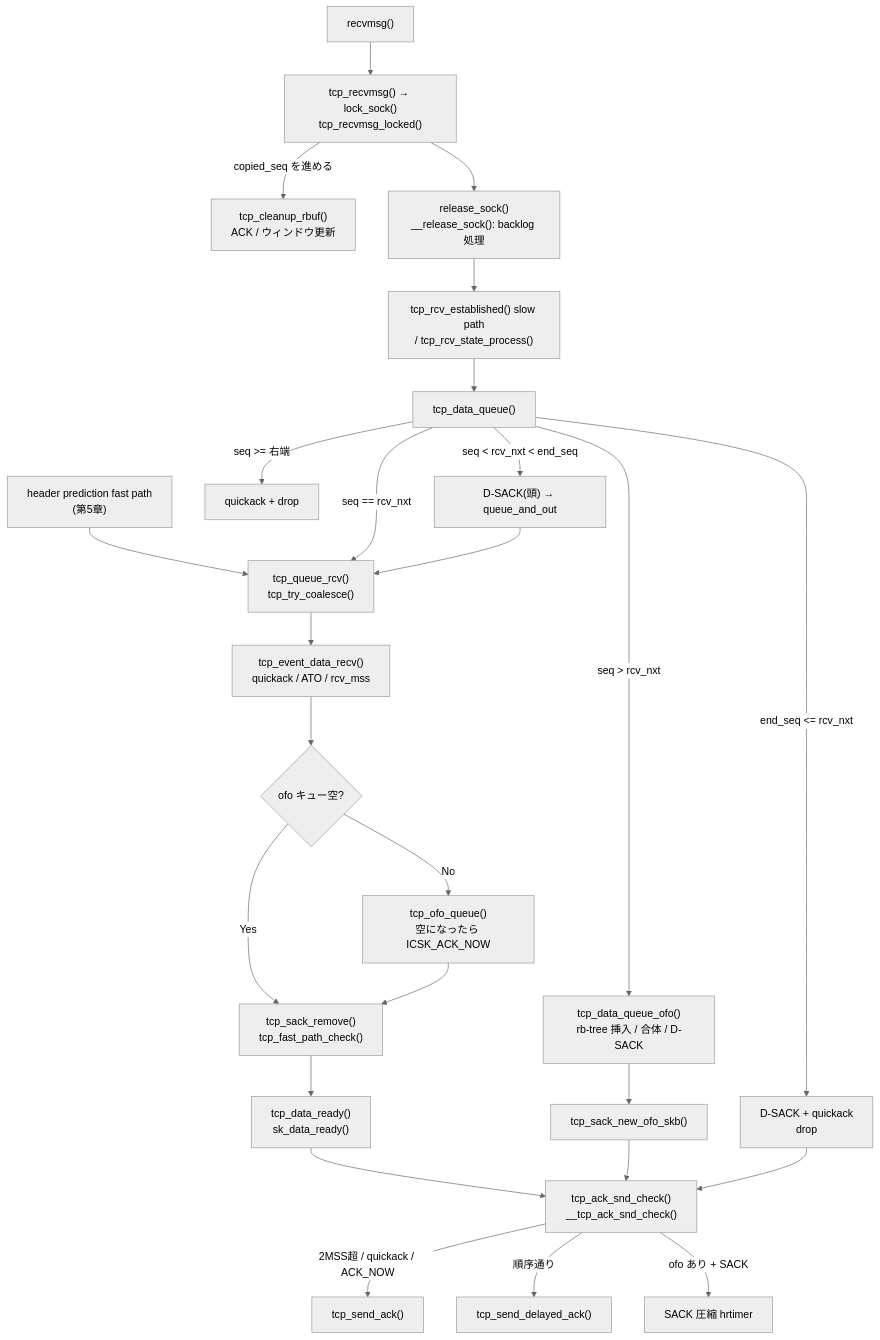
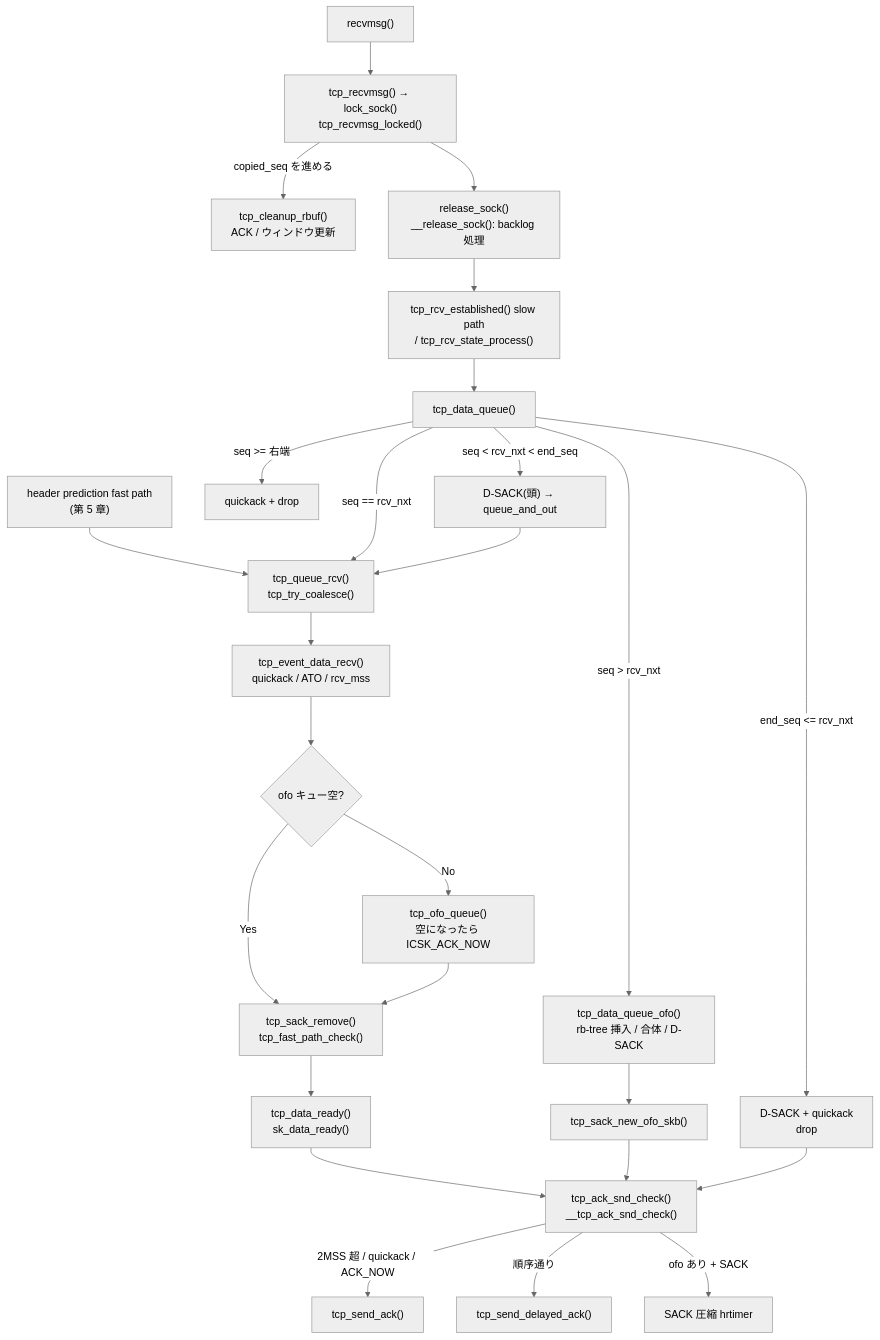
Before and after one commit to q2ven/tcp-eli5: the diagram in ja/06-data-queue-recvmsg.md, drawn with Mermaid (neutral theme). The commit also changed 42 other files, not shown here.

````diff
--- a/ja/06-data-queue-recvmsg.md
+++ b/ja/06-data-queue-recvmsg.md
@@ -69,28 +69,28 @@
 ```mermaid
 flowchart TD
     A["tcp_rcv_established() slow path<br/>/ tcp_rcv_state_process()"] --> B["tcp_data_queue()"]
-    H["header prediction fast path<br/>(第5章)"] --> Q
+    H["header prediction fast path<br/>(第 5 章)"] --> Q
     B -->|"seq == rcv_nxt"| Q["tcp_queue_rcv()<br/>tcp_try_coalesce()"]
     Q --> E["tcp_event_data_recv()<br/>quickack / ATO / rcv_mss"]
     E --> O{"ofo キュー空?"}
     O -->|"No"| OQ["tcp_ofo_queue()<br/>空になったら ICSK_ACK_NOW"]
     O -->|"Yes"| SR["tcp_sack_remove()<br/>tcp_fast_path_check()"]
     OQ --> SR
     SR --> DR["tcp_data_ready()<br/>sk_data_ready()"]
     B -->|"end_seq <= rcv_nxt"| D["D-SACK + quickack<br/>drop"]
     B -->|"seq >= 右端"| D2["quickack + drop"]
     B -->|"seq < rcv_nxt < end_seq"| P["D-SACK(頭) → queue_and_out"]
     P --> Q
     B -->|"seq > rcv_nxt"| OFO["tcp_data_queue_ofo()<br/>rb-tree 挿入 / 合体 / D-SACK"]
     OFO --> NS["tcp_sack_new_ofo_skb()"]
     DR --> AC["tcp_ack_snd_check()<br/>__tcp_ack_snd_check()"]
     NS --> AC
     D --> AC
-    AC -->|"2MSS超 / quickack / ACK_NOW"| NOW["tcp_send_ack()"]
+    AC -->|"2MSS 超 / quickack / ACK_NOW"| NOW["tcp_send_ack()"]
     AC -->|"順序通り"| DL["tcp_send_delayed_ack()"]
     AC -->|"ofo あり + SACK"| CMP["SACK 圧縮 hrtimer"]
     U["recvmsg()"] --> R["tcp_recvmsg() → lock_sock()<br/>tcp_recvmsg_locked()"]
     R -->|"copied_seq を進める"| CL["tcp_cleanup_rbuf()<br/>ACK / ウィンドウ更新"]
     R --> RS["release_sock()<br/>__release_sock(): backlog 処理"]
     RS --> A
 ```
````
